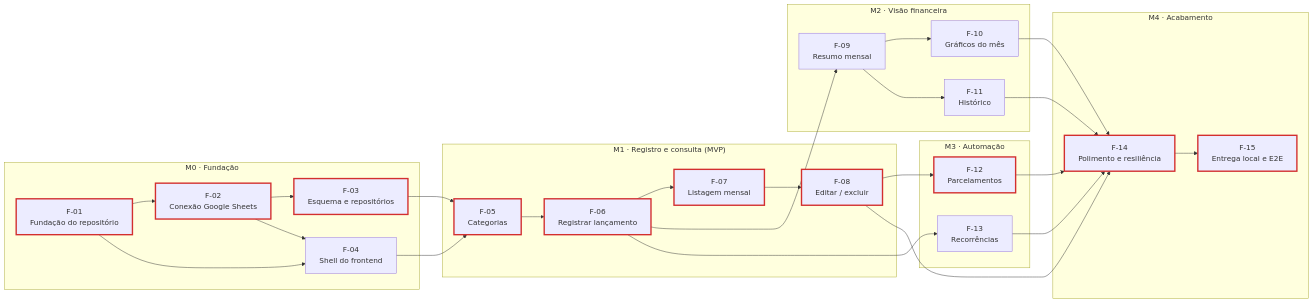
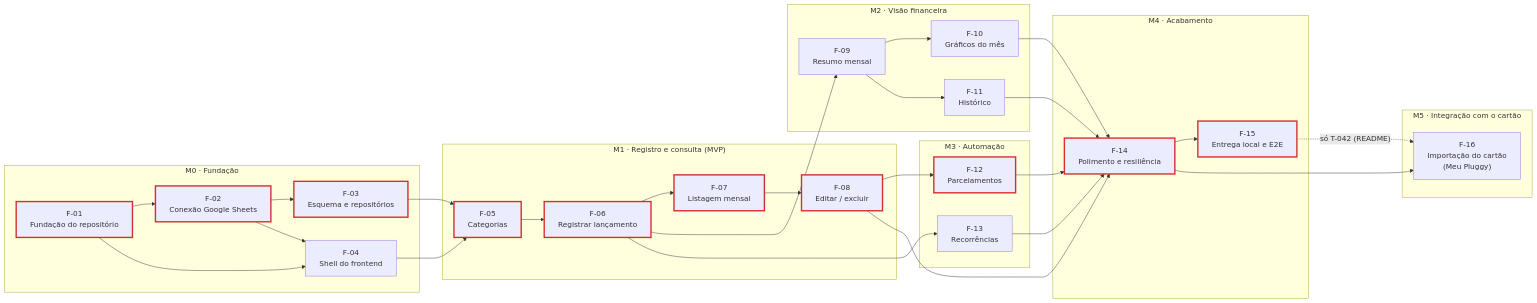
One commit to Pedrohcs/PlanilhaFinanceira changed the diagram in SPECS/04-roadmap.md. Above: the diagram before and after it, drawn with Mermaid. The commit also changed other lines of this file and 14 other files, not shown here.

Commit message:
F-16: especifica importação do cartão de crédito (Meu Pluggy)

````diff
--- a/SPECS/04-roadmap.md
+++ b/SPECS/04-roadmap.md
@@ -33,50 +34,55 @@
 ```mermaid
 flowchart LR
     subgraph M0["M0 · Fundação"]
         F01["F-01<br/>Fundação do repositório"]
         F02["F-02<br/>Conexão Google Sheets"]
         F03["F-03<br/>Esquema e repositórios"]
         F04["F-04<br/>Shell do frontend"]
     end
     subgraph M1["M1 · Registro e consulta (MVP)"]
         F05["F-05<br/>Categorias"]
         F06["F-06<br/>Registrar lançamento"]
         F07["F-07<br/>Listagem mensal"]
         F08["F-08<br/>Editar / excluir"]
     end
     subgraph M2["M2 · Visão financeira"]
         F09["F-09<br/>Resumo mensal"]
         F10["F-10<br/>Gráficos do mês"]
         F11["F-11<br/>Histórico"]
     end
     subgraph M3["M3 · Automação"]
         F12["F-12<br/>Parcelamentos"]
         F13["F-13<br/>Recorrências"]
     end
     subgraph M4["M4 · Acabamento"]
         F14["F-14<br/>Polimento e resiliência"]
         F15["F-15<br/>Entrega local e E2E"]
     end
+    subgraph M5["M5 · Integração com o cartão"]
+        F16["F-16<br/>Importação do cartão<br/>(Meu Pluggy)"]
+    end
 
     F01 --> F02 --> F03
     F01 --> F04
     F02 --> F04
     F03 --> F05
     F04 --> F05
     F05 --> F06
     F06 --> F07 --> F08
     F06 --> F09
     F09 --> F10
     F09 --> F11
     F08 --> F12
     F06 --> F13
     F08 --> F14
     F10 --> F14
     F11 --> F14
     F12 --> F14
     F13 --> F14
     F14 --> F15
+    F14 --> F16
+    F15 -. "só T-042 (README)" .-> F16
 
     classDef critico stroke:#d32f2f,stroke-width:3px;
     class F01,F02,F03,F05,F06,F07,F08,F12,F14,F15 critico;
 ```
````
